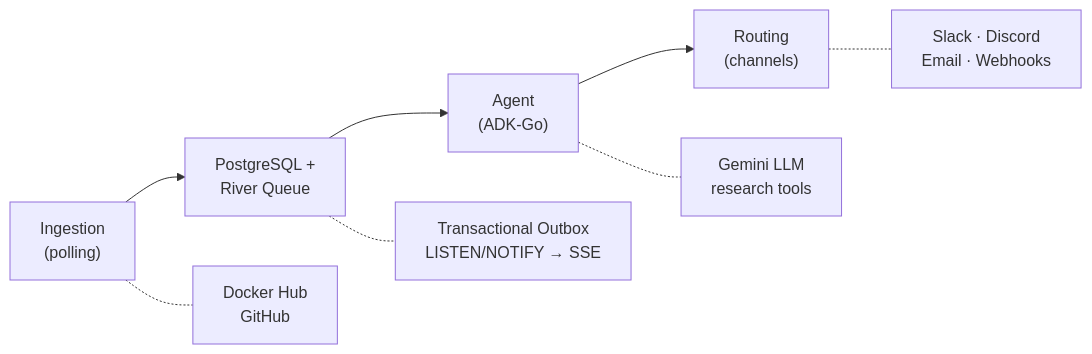
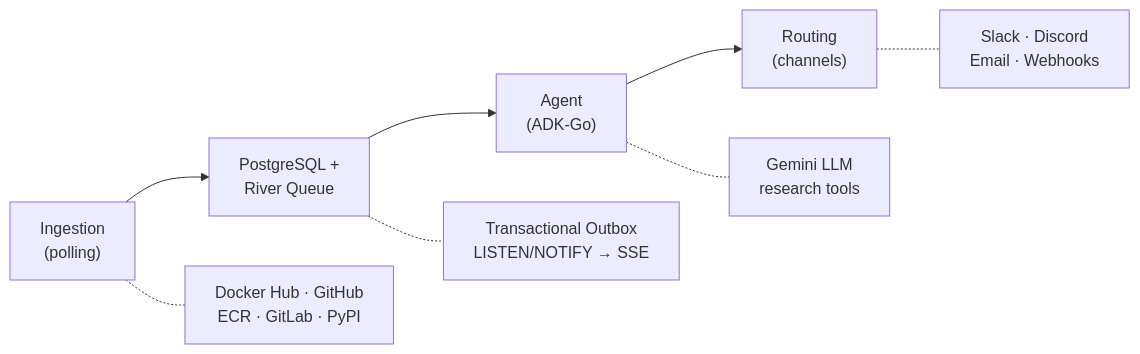
Before and after one commit to sentioxyz/changelogue: the diagram in README.md, drawn with Mermaid. The commit also changed other lines of this file and 14 other files, not shown here.

````diff
--- a/README.md
+++ b/README.md
@@ -17,11 +17,11 @@
 ```mermaid
 graph LR
     A["Ingestion<br/>(polling)"] --> B["PostgreSQL +<br/>River Queue"]
     B --> C["Agent<br/>(ADK-Go)"]
     C --> D["Routing<br/>(channels)"]
 
-    A -.- A1["Docker Hub<br/>GitHub"]
+    A -.- A1["Docker Hub · GitHub<br/>ECR · GitLab · PyPI"]
     B -.- B1["Transactional Outbox<br/>LISTEN/NOTIFY → SSE"]
     C -.- C1["Gemini LLM<br/>research tools"]
     D -.- D1["Slack · Discord<br/>Email · Webhooks"]
 ```
````
